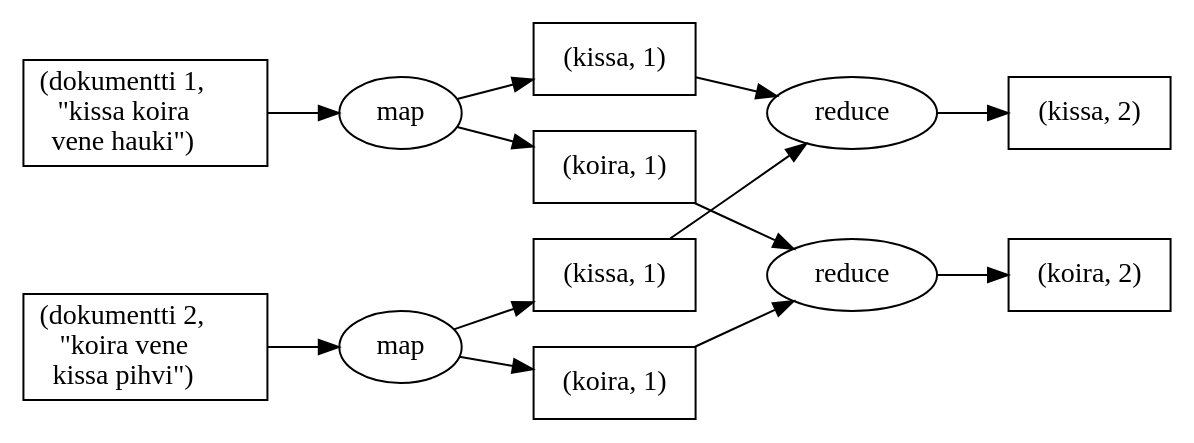
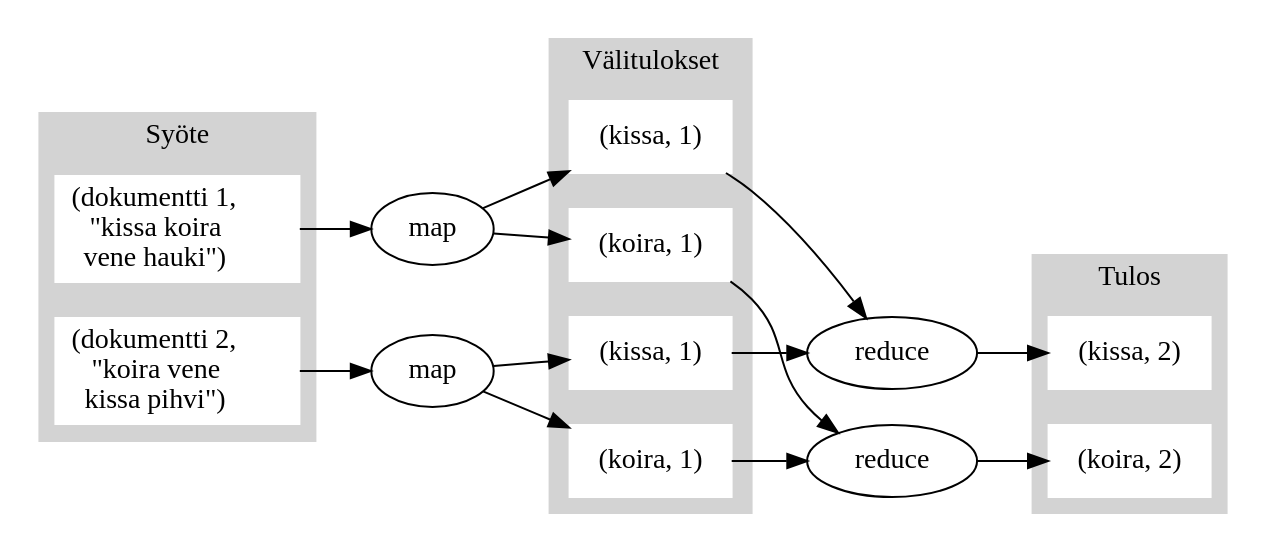
Before and after one commit to Kauhsa/kandi: the diagram in src/images/map-and-reduce.dot, drawn with Graphviz.

Commit message:
Prettier (?) image

```diff
--- a/src/images/map-and-reduce.dot
+++ b/src/images/map-and-reduce.dot
@@ -1,33 +1,51 @@
 digraph {
     rankdir = LR;
     
-    dok1[label = <(dokumentti 1,<br/>"kissa koira <br/> vene hauki")>; shape = "box"];
-    dok2[label = <(dokumentti 2,<br/>"koira vene <br/> kissa pihvi")>; shape = "box"];
+    subgraph cluster_input {
+        label = "Syöte";
+        style = "filled";
+        color = "lightgrey";
+        node [shape = "box"; style = "filled"; color = "white"];
+        dok1[label = <(dokumentti 1,<br/>"kissa koira <br/> vene hauki")>];
+        dok2[label = <(dokumentti 2,<br/>"koira vene <br/> kissa pihvi")>];
+    }
 
-    kissa1[label = "(kissa, 1)"; shape = "box"];
-    kissa2[label = "(kissa, 1)"; shape = "box"];
-    koira1[label = "(koira, 1)"; shape = "box"];
-    koira2[label = "(koira, 1)"; shape = "box"];
-    
     map1[label = "map";];
     map2[label = "map";];
+
+    subgraph cluster_intermediate {
+        label = "Välitulokset";
+        style = "filled";
+        color = "lightgrey";
+        node [shape = "box"; style = "filled"; color = "white"];
+        kissa1[label = "(kissa, 1)"];
+        kissa2[label = "(kissa, 1)"];
+        koira1[label = "(koira, 1)"];
+        koira2[label = "(koira, 1)"];
+    }    
 
     red_kissa[label = "reduce";];
     red_koira[label = "reduce";];
 
-    res_kissa[label = "(kissa, 2)"; shape = "box"];
-    res_koira[label = "(koira, 2)"; shape = "box"];
-
+    subgraph cluster_output {
+        label = "Tulos";
+        style = "filled";
+        color = "lightgrey";
+        node [shape = "box"; style = "filled"; color = "white"];
+        res_kissa[label = "(kissa, 2)"];
+        res_koira[label = "(koira, 2)"];
+    }
+    
     dok1 -> map1;
     dok2 -> map2;
     map1 -> kissa1;
     map1 -> koira1;
     map2 -> kissa2;
     map2 -> koira2;
     kissa1 -> red_kissa;
     kissa2 -> red_kissa;
     koira1 -> red_koira;
     koira2 -> red_koira;
     red_kissa -> res_kissa;
     red_koira -> res_koira;
 }
```
